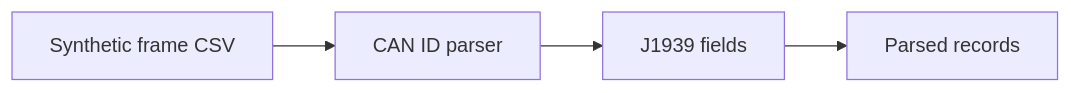
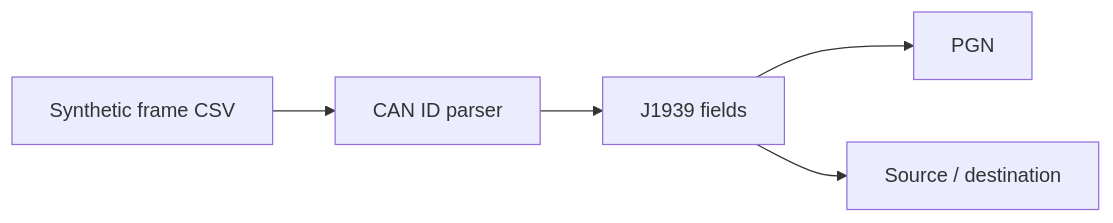
Before and after one commit to guilherme-lacerda-tech/j1939-can-bench-reader: the diagram in README.md, drawn with Mermaid. The commit also changed other lines of this file and 6 other files, not shown here.

````diff
--- a/README.md
+++ b/README.md
@@ -22,6 +25,7 @@
 ```mermaid
 flowchart LR
-    A["Synthetic frame CSV"] --> B["CAN ID parser"]
-    B --> C["J1939 fields"]
-    C --> D["Parsed records"]
+    CSV["Synthetic frame CSV"] --> Parser["CAN ID parser"]
+    Parser --> Fields["J1939 fields"]
+    Fields --> PGN["PGN"]
+    Fields --> Address["Source / destination"]
 ```
````
